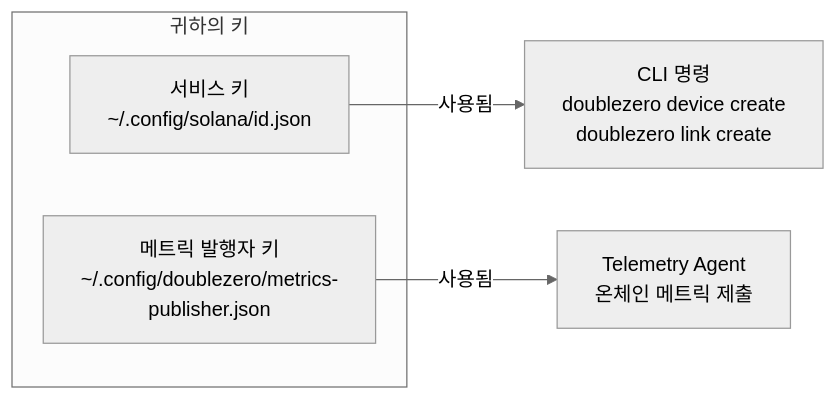
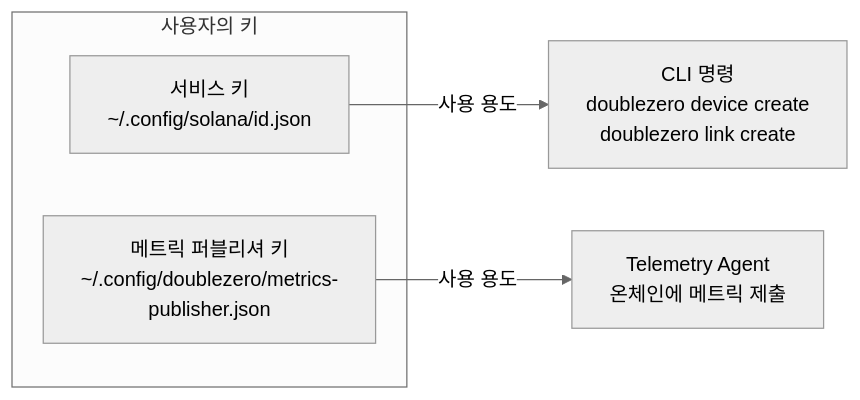
Before and after one commit to malbeclabs/docs: the fourth of 13 diagrams in docs/contribute-provisioning.ko.md, drawn with Mermaid (neutral theme). The commit also changed other lines of this file and 160 other files, not shown here.

````diff
--- a/docs/contribute-provisioning.ko.md
+++ b/docs/contribute-provisioning.ko.md
@@ -166,10 +205,10 @@
 ```mermaid
 flowchart LR
-    subgraph "귀하의 키"
+    subgraph "사용자의 키"
         SK[서비스 키<br/>~/.config/solana/id.json]
-        MK[메트릭 발행자 키<br/>~/.config/doublezero/metrics-publisher.json]
+        MK[메트릭 퍼블리셔 키<br/>~/.config/doublezero/metrics-publisher.json]
     end
 
-    SK -->|사용됨| CLI[CLI 명령<br/>doublezero device create<br/>doublezero link create]
-    MK -->|사용됨| TEL[Telemetry Agent<br/>온체인 메트릭 제출]
+    SK -->|사용 용도| CLI[CLI 명령<br/>doublezero device create<br/>doublezero link create]
+    MK -->|사용 용도| TEL[Telemetry Agent<br/>온체인에 메트릭 제출]
 ```
````
